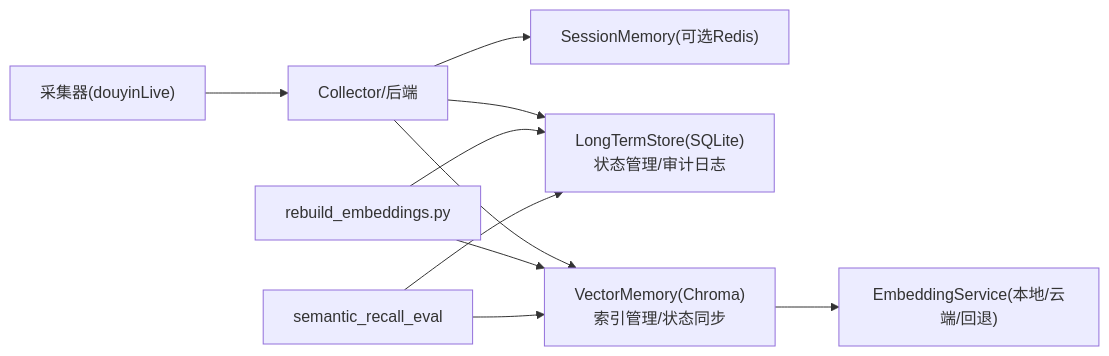
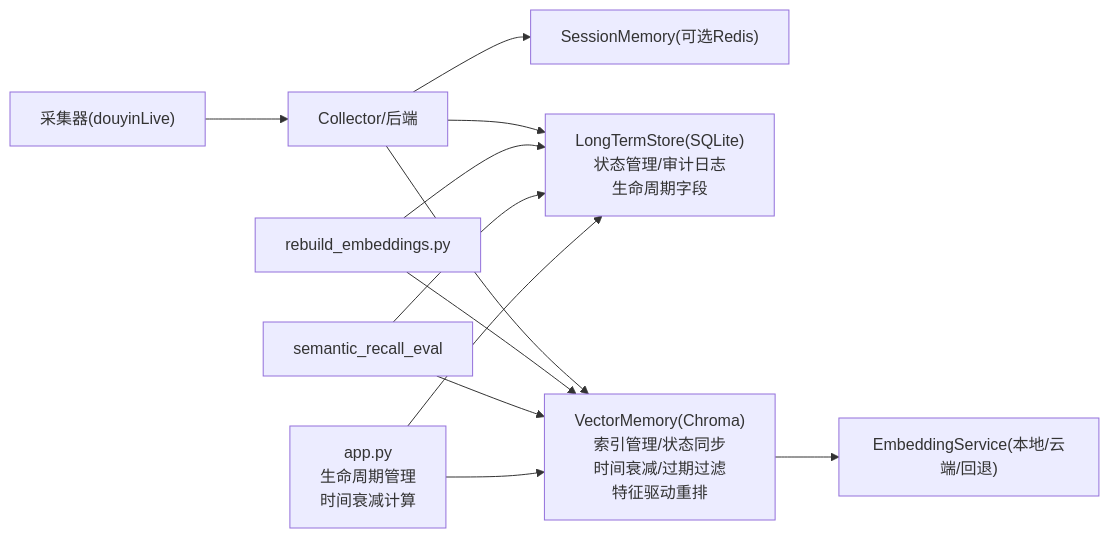
One commit to Moon-Force/DouYin_llm changed the second of 8 diagrams in .qoder/repowiki/zh/content/后端服务/内存管理系统/向量存储管理.md. Above: the diagram before and after it, drawn with Mermaid. The commit also changed other lines of this file and 34 other files, not shown here.

````diff
--- a/.qoder/repowiki/zh/content/后端服务/内存管理系统/向量存储管理.md
+++ b/.qoder/repowiki/zh/content/后端服务/内存管理系统/向量存储管理.md
@@ -139,12 +158,14 @@
 ```mermaid
 graph LR
 A["采集器(douyinLive)"] --> B["Collector/后端"]
 B --> C["SessionMemory(可选Redis)"]
-B --> D["LongTermStore(SQLite)<br/>状态管理/审计日志"]
-B --> E["VectorMemory(Chroma)<br/>索引管理/状态同步"]
+B --> D["LongTermStore(SQLite)<br/>状态管理/审计日志<br/>生命周期字段"]
+B --> E["VectorMemory(Chroma)<br/>索引管理/状态同步<br/>时间衰减/过期过滤<br/>特征驱动重排"]
 E --> F["EmbeddingService(本地/云端/回退)"]
 G["rebuild_embeddings.py"] --> E
 G --> D
 H["semantic_recall_eval"] --> E
 H --> D
+I["app.py<br/>生命周期管理<br/>时间衰减计算"] --> D
+I --> E
 ```
````
